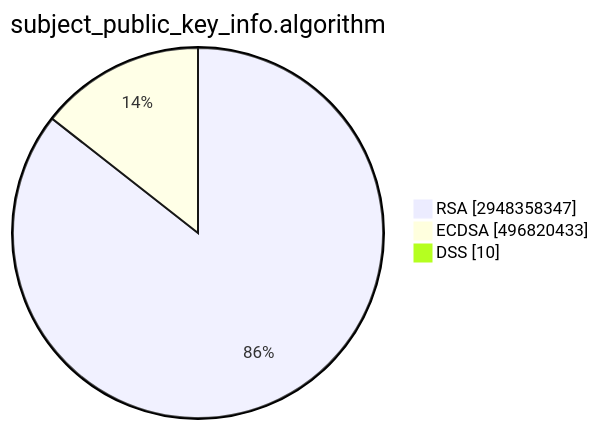
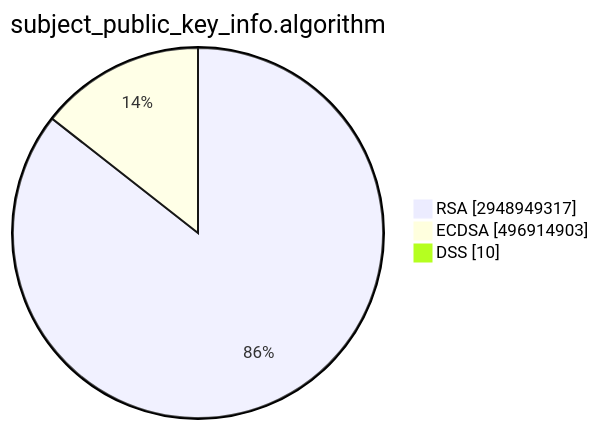
The second of 15 diagrams in TOTAL/README.md (christiankrug/ctmonitor_visualization), drawn with Mermaid before and after one commit. The commit also changed other lines of this file, not shown here.

````diff
--- a/TOTAL/README.md
+++ b/TOTAL/README.md
@@ -6,7 +6,7 @@
 ```mermaid
 pie showData
 title subject_public_key_info.algorithm
-"RSA" :2948358347
-"ECDSA" :496820433
+"RSA" :2948949317
+"ECDSA" :496914903
 "DSS" :10
 ```
````
